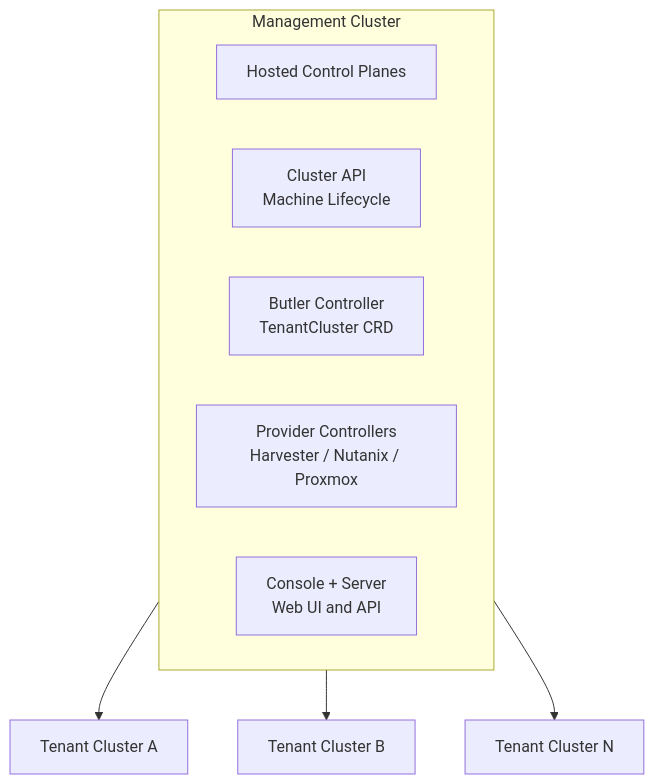
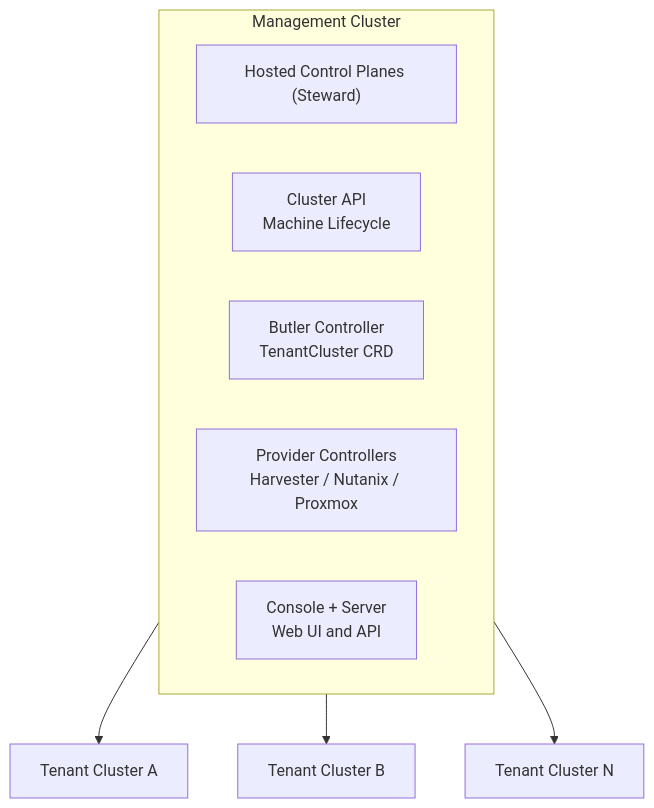
The diagram in docs/intro.md (butlerdotdev/butler), drawn with Mermaid before and after one commit. The commit also changed other lines of this file and 12 other files, not shown here.

````diff
--- a/docs/intro.md
+++ b/docs/intro.md
@@ -22,14 +22,14 @@
 ```mermaid
 graph TB
     subgraph mgmt["Management Cluster"]
-        kamaji["Hosted Control Planes"]
+        steward["Hosted Control Planes (Steward)"]
         capi["Cluster API<br/>Machine Lifecycle"]
         ctrl["Butler Controller<br/>TenantCluster CRD"]
         prov["Provider Controllers<br/>Harvester / Nutanix / Proxmox"]
         console["Console + Server<br/>Web UI and API"]
     end
 
     mgmt --> tc1["Tenant Cluster A"]
     mgmt --> tc2["Tenant Cluster B"]
     mgmt --> tc3["Tenant Cluster N"]
 ```
````
